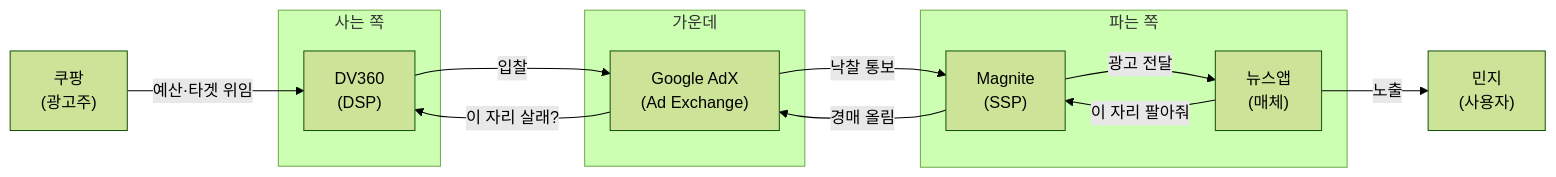
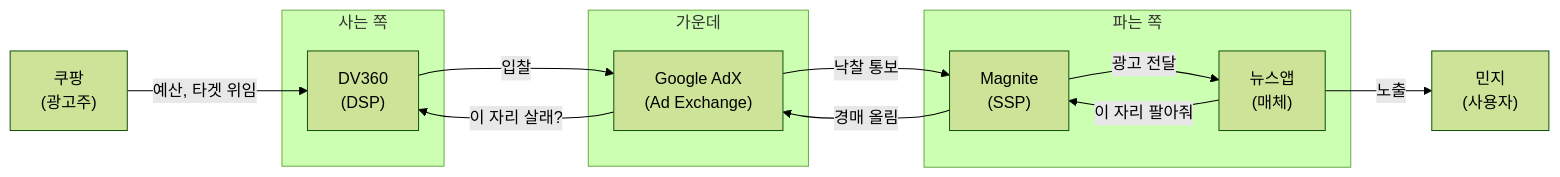
Before and after one commit to chkimsu/adtech-blog: the diagram in posts/dsp-ssp-exchange.md, drawn with Mermaid (forest theme). The commit also changed other lines of this file and 26 other files, not shown here.

````diff
--- a/posts/dsp-ssp-exchange.md
+++ b/posts/dsp-ssp-exchange.md
@@ -75,24 +75,24 @@
 ```mermaid
 graph LR
   ADV["쿠팡<br/>(광고주)"]
   subgraph BUY["사는 쪽"]
     DSP["DV360<br/>(DSP)"]
   end
   subgraph MKT["가운데"]
     EX["Google AdX<br/>(Ad Exchange)"]
   end
   subgraph SELL["파는 쪽"]
     SSP["Magnite<br/>(SSP)"]
     PUB["뉴스앱<br/>(매체)"]
   end
   USER["민지<br/>(사용자)"]
 
-  ADV -->|"예산·타겟 위임"| DSP
+  ADV -->|"예산, 타겟 위임"| DSP
   PUB -->|"이 자리 팔아줘"| SSP
   SSP -->|"경매 올림"| EX
   EX -->|"이 자리 살래?"| DSP
   DSP -->|"입찰"| EX
   EX -->|"낙찰 통보"| SSP
   SSP -->|"광고 전달"| PUB
   PUB -->|"노출"| USER
 ```
````
